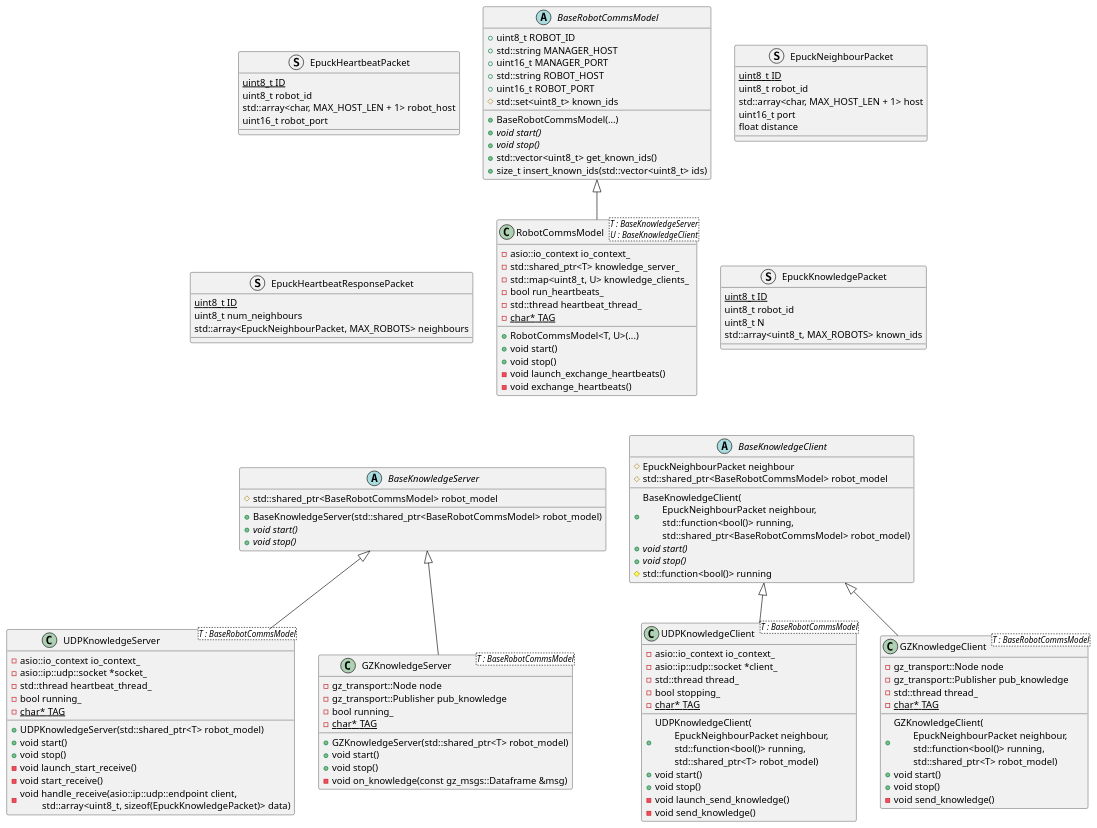
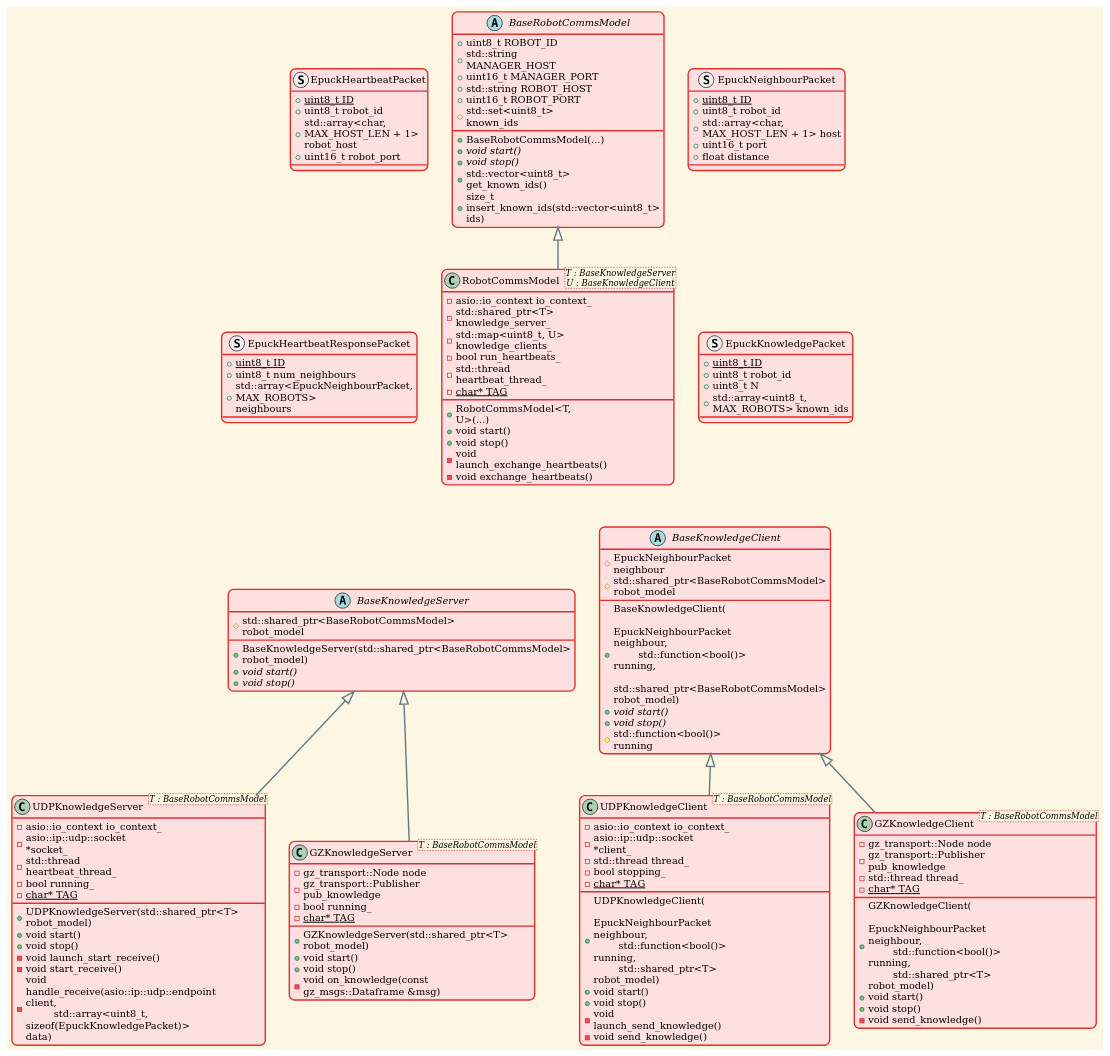
One commit to eshjordan/lazy_agent_sim changed the diagram in ros_gz_lazy_agent_sim_applications/agent_local_comms_server/doc/comms_class.puml. Above: the diagram before and after it, drawn with PlantUML. The commit also changed 2 other files, not shown here.

Commit message:
Optimised layout of deployment diagram, set theme to sunlust for all diagrams

```diff
--- a/ros_gz_lazy_agent_sim_applications/agent_local_comms_server/doc/comms_class.puml
+++ b/ros_gz_lazy_agent_sim_applications/agent_local_comms_server/doc/comms_class.puml
@@ -1,144 +1,146 @@
 @startuml
+
+!theme sunlust
 
 abstract class BaseKnowledgeServer {
   + BaseKnowledgeServer(std::shared_ptr<BaseRobotCommsModel> robot_model)
   + {abstract} void start()
   + {abstract} void stop()
   # std::shared_ptr<BaseRobotCommsModel> robot_model
 }
 
 abstract class BaseKnowledgeClient {
   + BaseKnowledgeClient(\n\tEpuckNeighbourPacket neighbour,\n\tstd::function<bool()> running,\n\tstd::shared_ptr<BaseRobotCommsModel> robot_model)
   + {abstract} void start()
   + {abstract} void stop()
   # EpuckNeighbourPacket neighbour
   # std::function<bool()> running
   # std::shared_ptr<BaseRobotCommsModel> robot_model
 }
 
 abstract class BaseRobotCommsModel {
   + uint8_t ROBOT_ID
   + std::string MANAGER_HOST
   + uint16_t MANAGER_PORT
   + std::string ROBOT_HOST
   + uint16_t ROBOT_PORT
   # std::set<uint8_t> known_ids
 
   + BaseRobotCommsModel(...)
   + {abstract} void start()
   + {abstract} void stop()
   + std::vector<uint8_t> get_known_ids()
   + size_t insert_known_ids(std::vector<uint8_t> ids)
 }
 
 
 struct EpuckHeartbeatPacket {
-  {static} uint8_t ID
-  uint8_t robot_id
-  std::array<char, MAX_HOST_LEN + 1> robot_host
-  uint16_t robot_port
+  +{static} uint8_t ID
+  +uint8_t robot_id
+  +std::array<char, MAX_HOST_LEN + 1> robot_host
+  +uint16_t robot_port
 }
 
 struct EpuckNeighbourPacket {
-  {static} uint8_t ID
-  uint8_t robot_id
-  std::array<char, MAX_HOST_LEN + 1> host
-  uint16_t port
-  float distance
+  +{static} uint8_t ID
+  +uint8_t robot_id
+  +std::array<char, MAX_HOST_LEN + 1> host
+  +uint16_t port
+  +float distance
 }
 
 struct EpuckHeartbeatResponsePacket {
-  {static} uint8_t ID
-  uint8_t num_neighbours
-  std::array<EpuckNeighbourPacket, MAX_ROBOTS> neighbours
+  +{static} uint8_t ID
+  +uint8_t num_neighbours
+  +std::array<EpuckNeighbourPacket, MAX_ROBOTS> neighbours
 }
 
 struct EpuckKnowledgePacket {
-  {static} uint8_t ID
-  uint8_t robot_id
-  uint8_t N
-  std::array<uint8_t, MAX_ROBOTS> known_ids
+  +{static} uint8_t ID
+  +uint8_t robot_id
+  +uint8_t N
+  +std::array<uint8_t, MAX_ROBOTS> known_ids
 }
 
 
 class RobotCommsModel <T : BaseKnowledgeServer\nU : BaseKnowledgeClient> {
   + RobotCommsModel<T, U>(...)
   + void start()
   + void stop()
   - void launch_exchange_heartbeats()
   - void exchange_heartbeats()
   - asio::io_context io_context_
   - std::shared_ptr<T> knowledge_server_
   - std::map<uint8_t, U> knowledge_clients_
   - bool run_heartbeats_
   - std::thread heartbeat_thread_
   - {static} char* TAG
 }
 
 
 class UDPKnowledgeServer <T : BaseRobotCommsModel> {
   + UDPKnowledgeServer(std::shared_ptr<T> robot_model)
   + void start()
   + void stop()
   - void launch_start_receive()
   - void start_receive()
   - void handle_receive(asio::ip::udp::endpoint client,\n\t std::array<uint8_t, sizeof(EpuckKnowledgePacket)> data)
   - asio::io_context io_context_
   - asio::ip::udp::socket *socket_
   - std::thread heartbeat_thread_
   - bool running_
   - {static} char* TAG
 }
 
 class UDPKnowledgeClient <T : BaseRobotCommsModel> {
   + UDPKnowledgeClient(\n\tEpuckNeighbourPacket neighbour,\n\tstd::function<bool()> running,\n\tstd::shared_ptr<T> robot_model)
   + void start()
   + void stop()
   - void launch_send_knowledge()
   - void send_knowledge()
   - asio::io_context io_context_
   - asio::ip::udp::socket *client_
   - std::thread thread_
   - bool stopping_
   - {static} char* TAG
 }
 
 
 class GZKnowledgeServer <T : BaseRobotCommsModel> {
   + GZKnowledgeServer(std::shared_ptr<T> robot_model)
   + void start()
   + void stop()
   - void on_knowledge(const gz_msgs::Dataframe &msg)
   - gz_transport::Node node
   - gz_transport::Publisher pub_knowledge
   - bool running_
   - {static} char* TAG
 }
 
 class GZKnowledgeClient <T : BaseRobotCommsModel> {
   + GZKnowledgeClient(\n\tEpuckNeighbourPacket neighbour,\n\tstd::function<bool()> running,\n\tstd::shared_ptr<T> robot_model)
   + void start()
   + void stop()
   - void send_knowledge()
   - gz_transport::Node node
   - gz_transport::Publisher pub_knowledge
   - std::thread thread_
   - {static} char* TAG
 }
 
 
 BaseRobotCommsModel <|-- RobotCommsModel
 BaseKnowledgeServer <|-- UDPKnowledgeServer
 BaseKnowledgeClient <|-- UDPKnowledgeClient
 BaseKnowledgeServer <|-- GZKnowledgeServer
 BaseKnowledgeClient <|-- GZKnowledgeClient
 
 RobotCommsModel <|-[hidden]- BaseKnowledgeServer
 RobotCommsModel <|-[hidden]- BaseKnowledgeClient
 
 BaseRobotCommsModel -[hidden]left-> EpuckHeartbeatPacket
 RobotCommsModel -[hidden]left-> EpuckHeartbeatResponsePacket
 BaseRobotCommsModel -[hidden]right-> EpuckNeighbourPacket
 RobotCommsModel -[hidden]right-> EpuckKnowledgePacket
 
 @enduml
```
